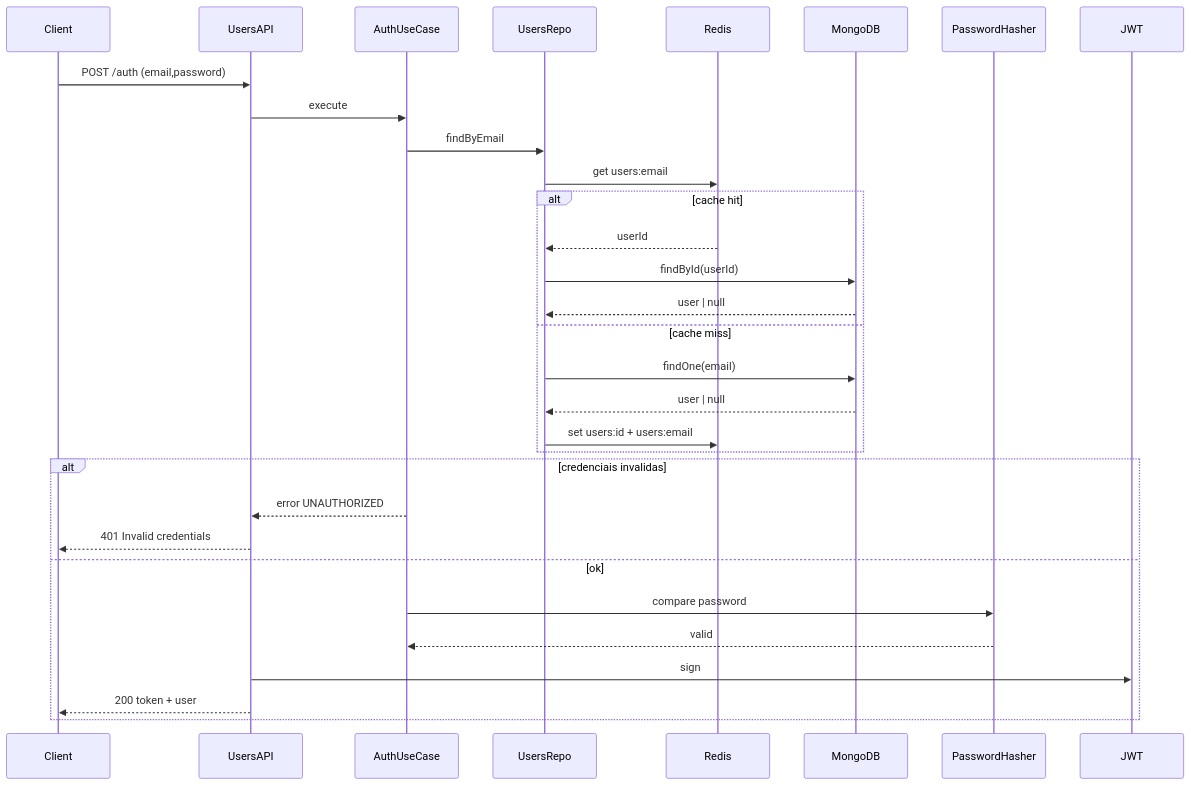
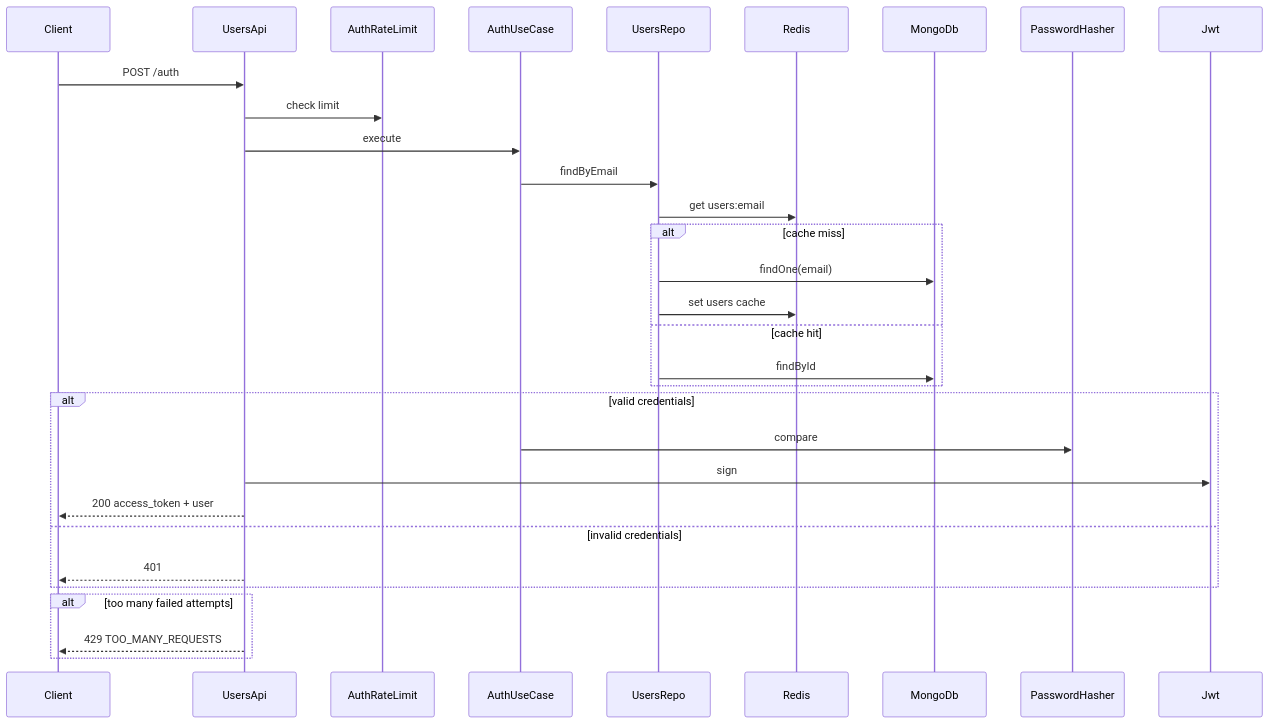
Before and after one commit to rodrigocardosodev/ilia-nodejs-challenge: the second of 7 diagrams in README.md, drawn with Mermaid. The commit also changed other lines of this file, not shown here.

Commit message:
docs: update README to include detailed API endpoints, rate limiting information, and observability setup with Prometheus and Grafana

````diff
--- a/README.md
+++ b/README.md
@@ -160,34 +253,34 @@
 ```mermaid
 sequenceDiagram
     participant Client
-    participant UsersAPI
+    participant UsersApi
+    participant AuthRateLimit
     participant AuthUseCase
     participant UsersRepo
     participant Redis
-    participant MongoDB
+    participant MongoDb
     participant PasswordHasher
-    participant JWT
+    participant Jwt
 
-    Client->>UsersAPI: POST /auth (email,password)
-    UsersAPI->>AuthUseCase: execute
+    Client->>UsersApi: POST /auth
+    UsersApi->>AuthRateLimit: check limit
+    UsersApi->>AuthUseCase: execute
     AuthUseCase->>UsersRepo: findByEmail
     UsersRepo->>Redis: get users:email
-    alt cache hit
-        Redis-->>UsersRepo: userId
-        UsersRepo->>MongoDB: findById(userId)
-        MongoDB-->>UsersRepo: user | null
-    else cache miss
-        UsersRepo->>MongoDB: findOne(email)
-        MongoDB-->>UsersRepo: user | null
-        UsersRepo->>Redis: set users:id + users:email
+    alt cache miss
+        UsersRepo->>MongoDb: findOne(email)
+        UsersRepo->>Redis: set users cache
+    else cache hit
+        UsersRepo->>MongoDb: findById
     end
-    alt credenciais invalidas
-        AuthUseCase-->>UsersAPI: error UNAUTHORIZED
-        UsersAPI-->>Client: 401 Invalid credentials
-    else ok
-        AuthUseCase->>PasswordHasher: compare password
-        PasswordHasher-->>AuthUseCase: valid
-        UsersAPI->>JWT: sign
-        UsersAPI-->>Client: 200 token + user
+    alt valid credentials
+        AuthUseCase->>PasswordHasher: compare
+        UsersApi->>Jwt: sign
+        UsersApi-->>Client: 200 access_token + user
+    else invalid credentials
+        UsersApi-->>Client: 401
+    end
+    alt too many failed attempts
+        UsersApi-->>Client: 429 TOO_MANY_REQUESTS
     end
 ```
````
